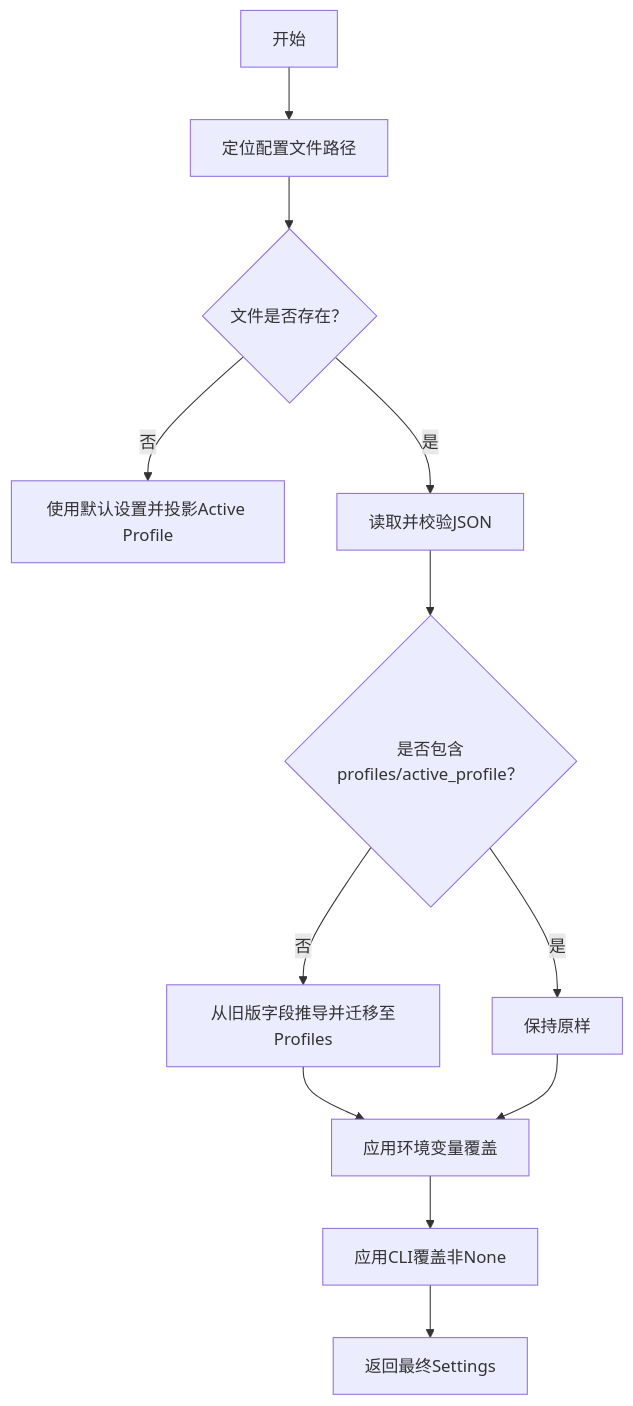
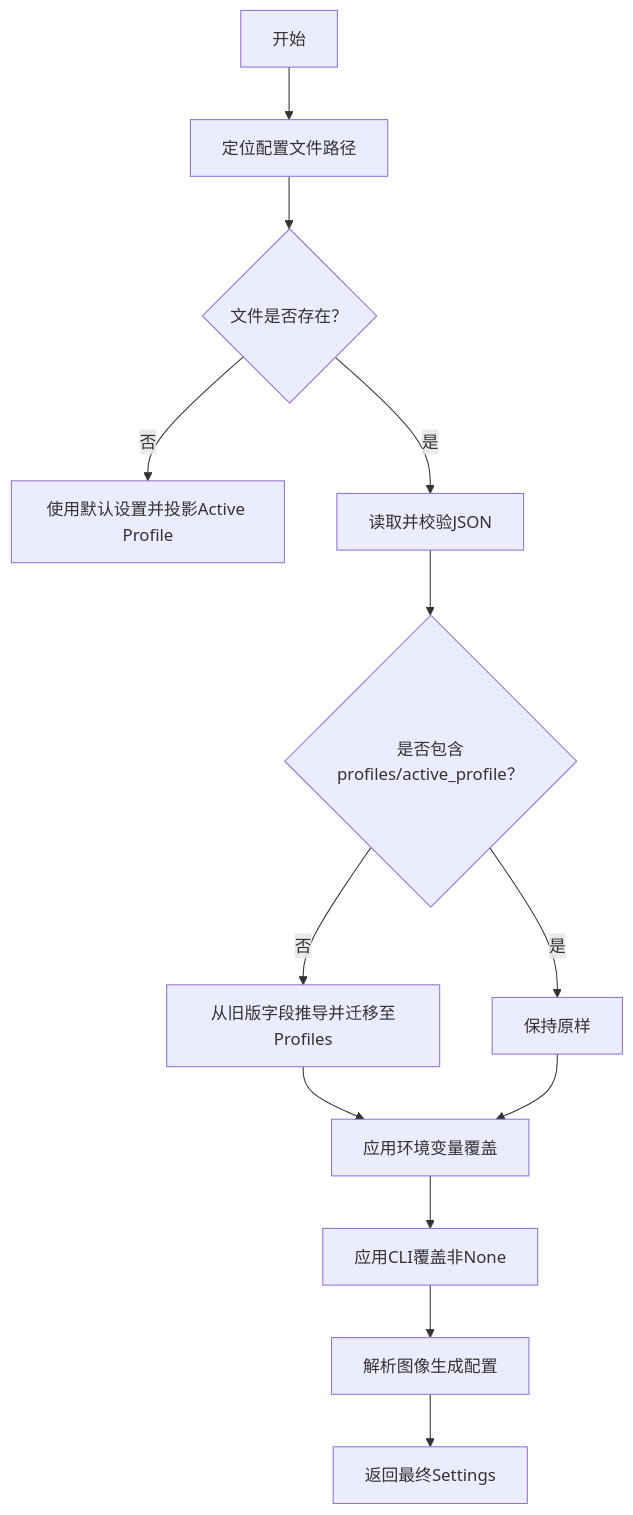
Before and after one commit to tea4go/OpenHarness: the eighth of 8 diagrams in .qoder/repowiki/zh/content/配置管理/配置管理.md, drawn with Mermaid. The commit also changed other lines of this file and 4 other files, not shown here.

First line of the commit message:
docs(ui): 增强UI运行时与图像生成工具支持

````diff
--- a/.qoder/repowiki/zh/content/配置管理/配置管理.md
+++ b/.qoder/repowiki/zh/content/配置管理/配置管理.md
@@ -480,14 +571,15 @@
 ```mermaid
 flowchart TD
 A["开始"] --> B["定位配置文件路径"]
 B --> C{"文件是否存在？"}
 C --> |否| D["使用默认设置并投影Active Profile"]
 C --> |是| E["读取并校验JSON"]
 E --> F{"是否包含profiles/active_profile？"}
 F --> |否| G["从旧版字段推导并迁移至Profiles"]
 F --> |是| H["保持原样"]
 G --> I["应用环境变量覆盖"]
 H --> I
 I --> J["应用CLI覆盖非None"]
-J --> K["返回最终Settings"]
+J --> K["解析图像生成配置"]
+K --> L["返回最终Settings"]
 ```
````
